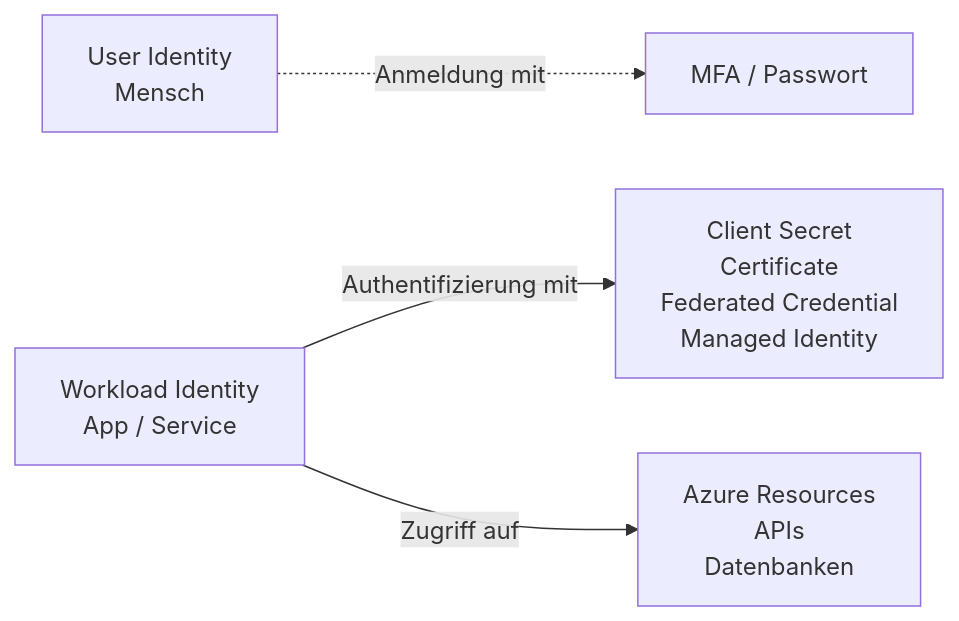
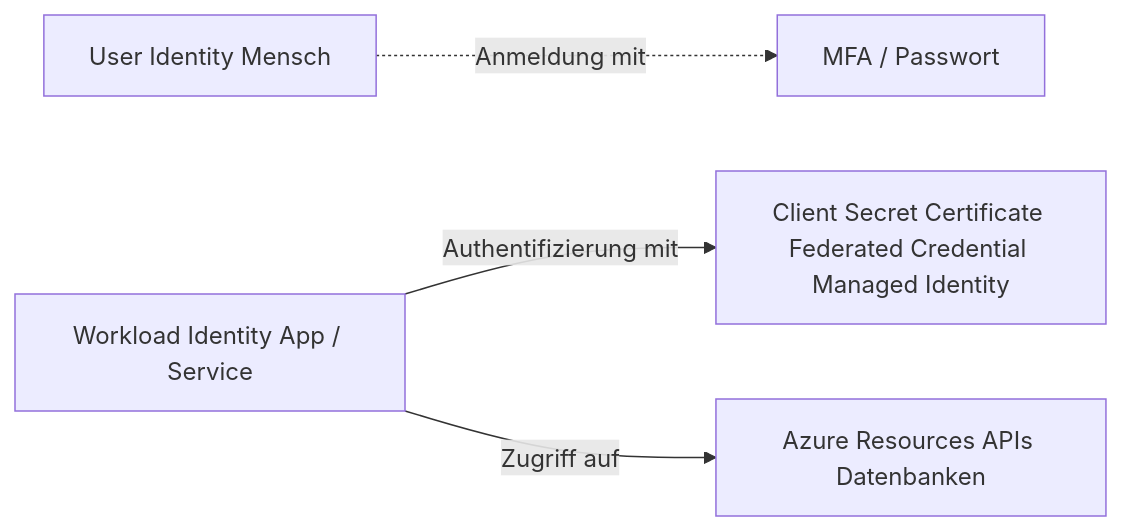
One commit to SoniiiT/notes-n-docs changed the first of 7 diagrams in Microsoft 365/Azure/Identität und Schlüssel/Microsoft Entra Workload ID.md. Above: the diagram before and after it, drawn with Mermaid. The commit also changed other lines of this file and 124 other files, not shown here.

First line of the commit message:
fix: Entferne \n aus allen Mermaid-Diagrammen (125 Dateien)

````diff
--- a/Microsoft 365/Azure/Identität und Schlüssel/Microsoft Entra Workload ID.md
+++ b/Microsoft 365/Azure/Identität und Schlüssel/Microsoft Entra Workload ID.md
@@ -30,6 +30,6 @@
 ```mermaid
 graph LR
-    UI[User Identity\nMensch] -.->|Anmeldung mit| MFA[MFA / Passwort]
-    WI[Workload Identity\nApp / Service] -->|Authentifizierung mit| CRED[Client Secret\nCertificate\nFederated Credential\nManaged Identity]
-    WI -->|Zugriff auf| RES[Azure Resources\nAPIs\nDatenbanken]
+    UI[User Identity Mensch] -.->|Anmeldung mit| MFA[MFA / Passwort]
+    WI[Workload Identity App / Service] -->|Authentifizierung mit| CRED[Client Secret Certificate Federated Credential Managed Identity]
+    WI -->|Zugriff auf| RES[Azure Resources APIs Datenbanken]
 ```
````
